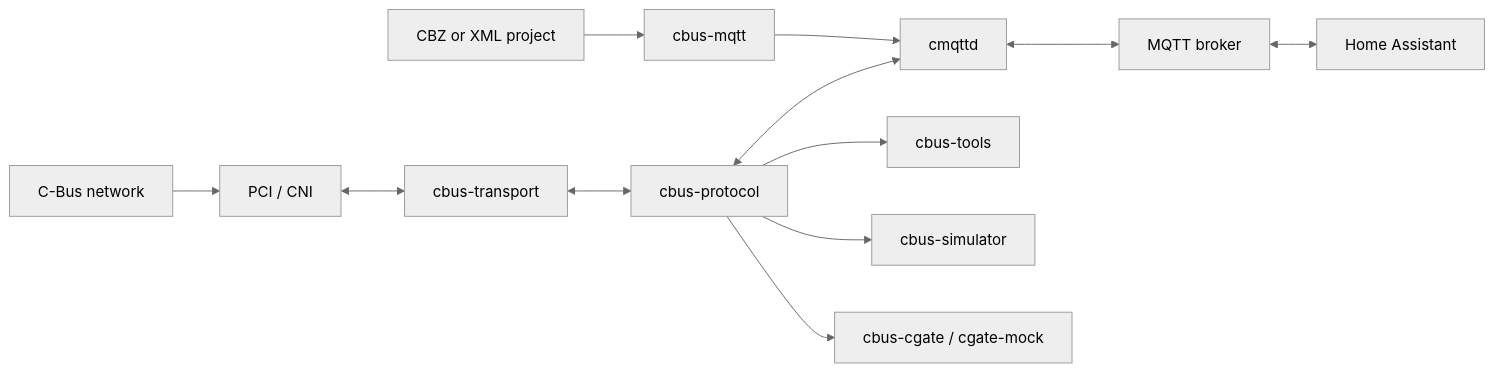
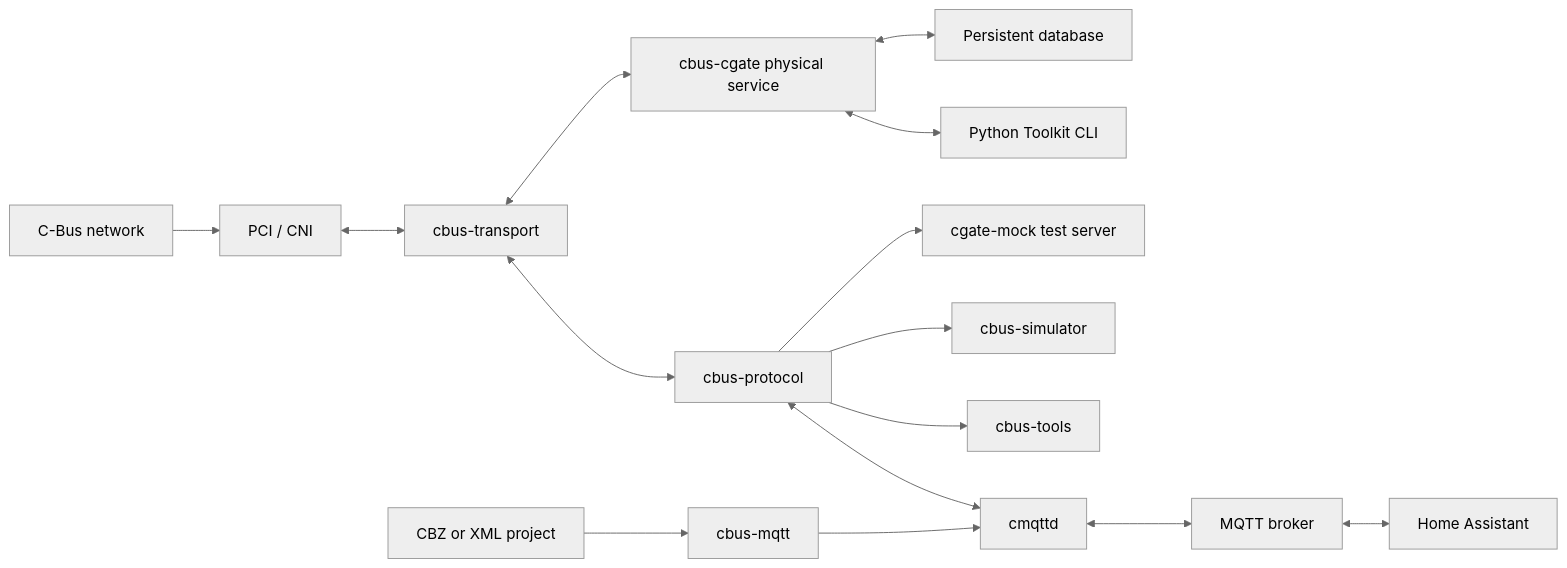
The diagram in docs/architecture.md (mitchell-johnson/cbus), drawn with Mermaid (neutral theme) before and after one commit. The commit also changed other lines of this file and 36 other files, not shown here.

````diff
--- a/docs/architecture.md
+++ b/docs/architecture.md
@@ -15,14 +15,17 @@
 ```mermaid
 flowchart LR
     Bus[C-Bus network] --> Endpoint[PCI / CNI]
     Endpoint <--> Transport[cbus-transport]
     Transport <--> Protocol[cbus-protocol]
     Protocol <--> Bridge[cmqttd]
     Bridge <--> MQTT[MQTT broker]
     MQTT <--> HA[Home Assistant]
     Project[CBZ or XML project] --> MQTTLogic[cbus-mqtt]
     MQTTLogic --> Bridge
     Protocol --> Tools[cbus-tools]
     Protocol --> Simulator[cbus-simulator]
-    Protocol --> CGate[cbus-cgate / cgate-mock]
+    Transport <--> CGate[cbus-cgate physical service]
+    CGate <--> CLI[Python Toolkit CLI]
+    CGate <--> DB[Persistent database]
+    Protocol --> Mock[cgate-mock test server]
 ```
````
